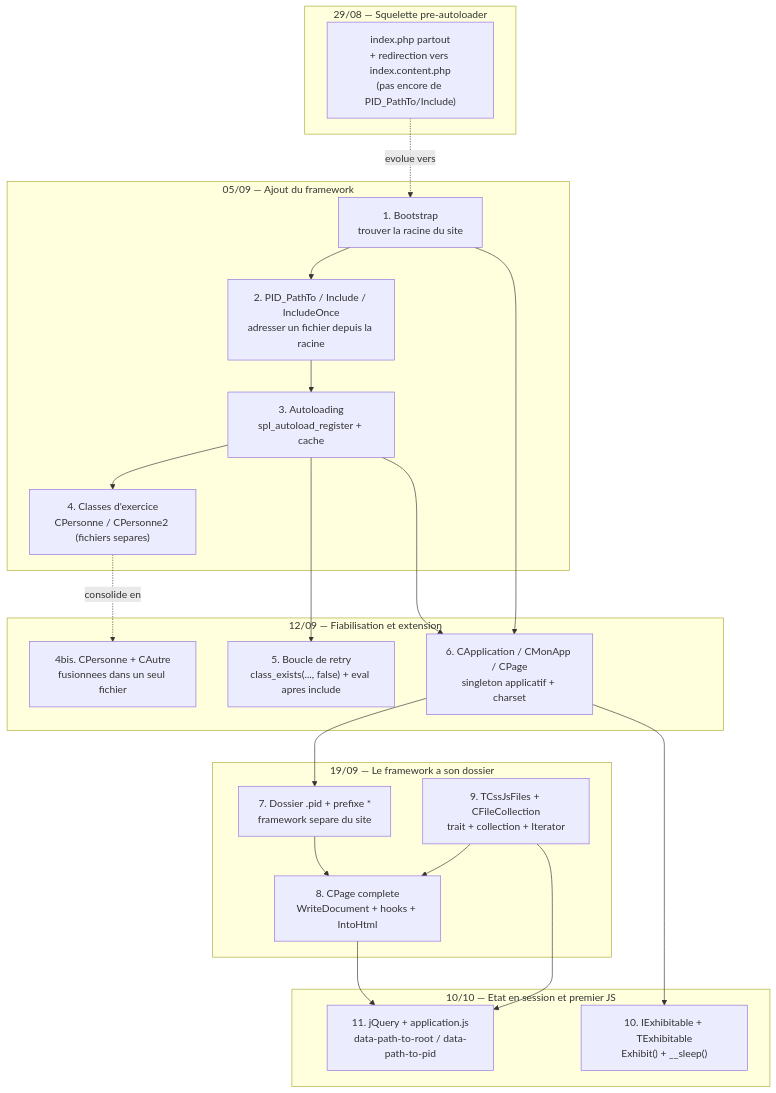
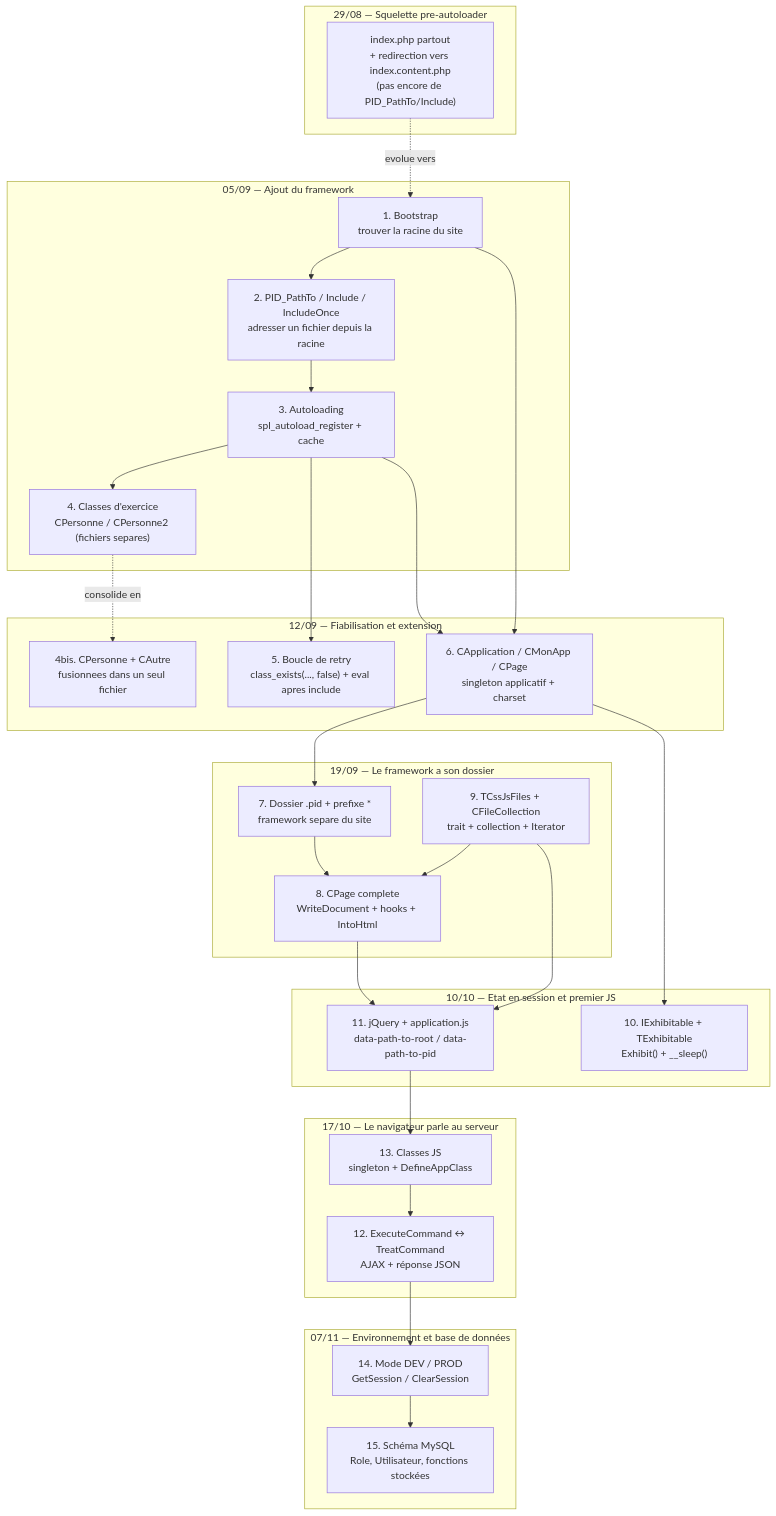
One commit to ernesthdj/PID changed the diagram in docs/academique/MOC — PID.md. Above: the diagram before and after it, drawn with Mermaid. The commit also changed other lines of this file and 9 other files, not shown here.

````diff
--- a/docs/academique/MOC — PID.md
+++ b/docs/academique/MOC — PID.md
@@ -20,38 +22,50 @@
 ```mermaid
 flowchart TD
     subgraph "29/08 — Squelette pre-autoloader"
         S0["index.php partout<br/>+ redirection vers index.content.php<br/>(pas encore de PID_PathTo/Include)"]
     end
     subgraph "05/09 — Ajout du framework"
         B["1. Bootstrap<br/>trouver la racine du site"]
         U["2. PID_PathTo / Include / IncludeOnce<br/>adresser un fichier depuis la racine"]
         A["3. Autoloading<br/>spl_autoload_register + cache"]
         P["4. Classes d'exercice<br/>CPersonne / CPersonne2 (fichiers separes)"]
         B --> U --> A --> P
     end
     subgraph "12/09 — Fiabilisation et extension"
         R["5. Boucle de retry<br/>class_exists(..., false) + eval apres include"]
         CA["6. CApplication / CMonApp / CPage<br/>singleton applicatif + charset"]
         POO2["4bis. CPersonne + CAutre<br/>fusionnees dans un seul fichier"]
     end
     subgraph "19/09 — Le framework a son dossier"
         D["7. Dossier .pid + prefixe *<br/>framework separe du site"]
         PG["8. CPage complete<br/>WriteDocument + hooks + IntoHtml"]
         TR["9. TCssJsFiles + CFileCollection<br/>trait + collection + Iterator"]
     end
     subgraph "10/10 — Etat en session et premier JS"
         EX["10. IExhibitable + TExhibitable<br/>Exhibit() + __sleep()"]
         JS["11. jQuery + application.js<br/>data-path-to-root / data-path-to-pid"]
     end
     S0 -.evolue vers.-> B
     A --> R
     P -.consolide en.-> POO2
     B --> CA
     A --> CA
     CA --> D
     D --> PG
     TR --> PG
+    subgraph "17/10 — Le navigateur parle au serveur"
+        AJ["12. ExecuteCommand ↔ TreatCommand<br/>AJAX + réponse JSON"]
+        JC["13. Classes JS<br/>singleton + DefineAppClass"]
+    end
+    subgraph "07/11 — Environnement et base de données"
+        MD["14. Mode DEV / PROD<br/>GetSession / ClearSession"]
+        SQ["15. Schéma MySQL<br/>Role, Utilisateur, fonctions stockées"]
+    end
     CA --> EX
     PG --> JS
     TR --> JS
+    JS --> JC
+    JC --> AJ
+    AJ --> MD
+    MD --> SQ
 ```
````
